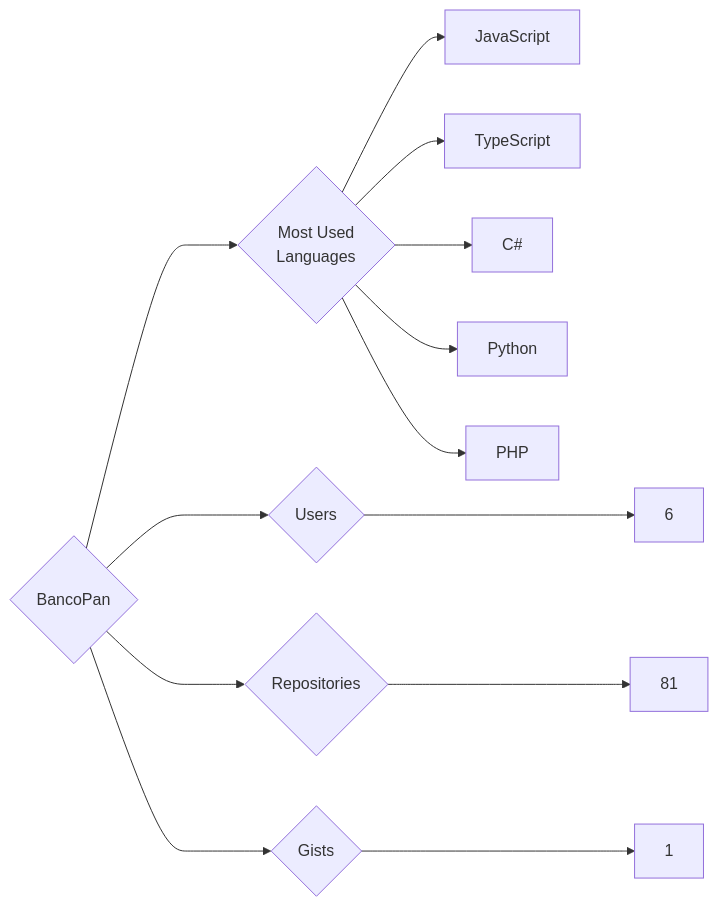
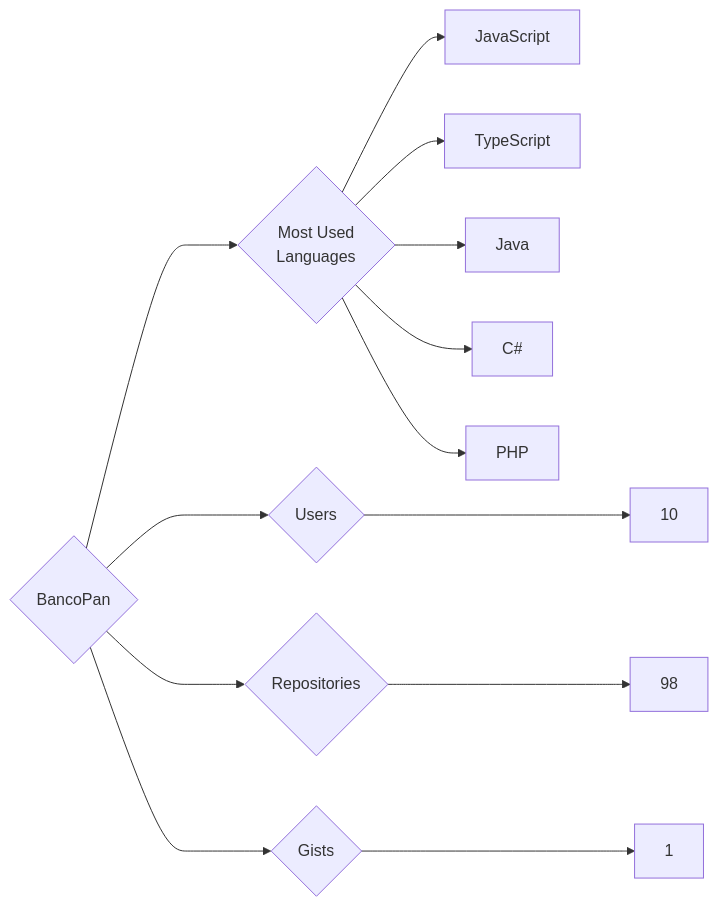
Before and after one commit to trickest/insiders: the diagram in targets/BancoPan/README.md, drawn with Mermaid. The commit also changed 1175 other files, not shown here.

````diff
--- a/targets/BancoPan/README.md
+++ b/targets/BancoPan/README.md
@@ -3,13 +3,13 @@
 ```mermaid
 graph LR
 COMPANY_NAME{BancoPan}
-COMPANY_NAME ---> U{Users} ---> UN[6]
-COMPANY_NAME ---> R{Repositories} ---> RN[81]
+COMPANY_NAME ---> U{Users} ---> UN[10]
+COMPANY_NAME ---> R{Repositories} ---> RN[98]
 COMPANY_NAME ---> G{Gists} ---> GN[1]
 COMPANY_NAME ---> ML{Most Used<br>Languages}
 ML --> JavaScript[JavaScript]
 ML --> TypeScript[TypeScript]
+ML --> Java[Java]
 ML --> C#[C#]
-ML --> Python[Python]
 ML --> PHP[PHP]
 ```
````
